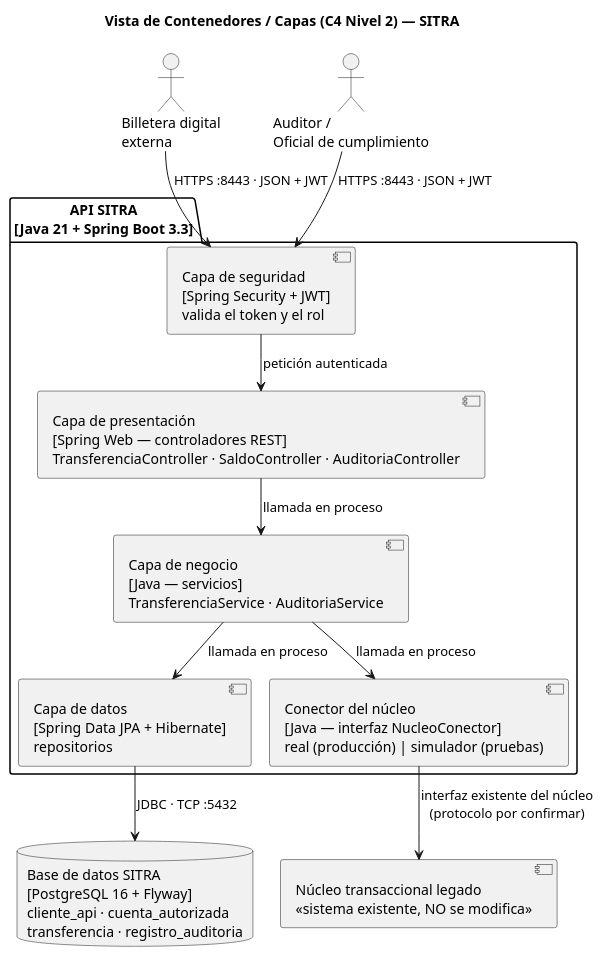
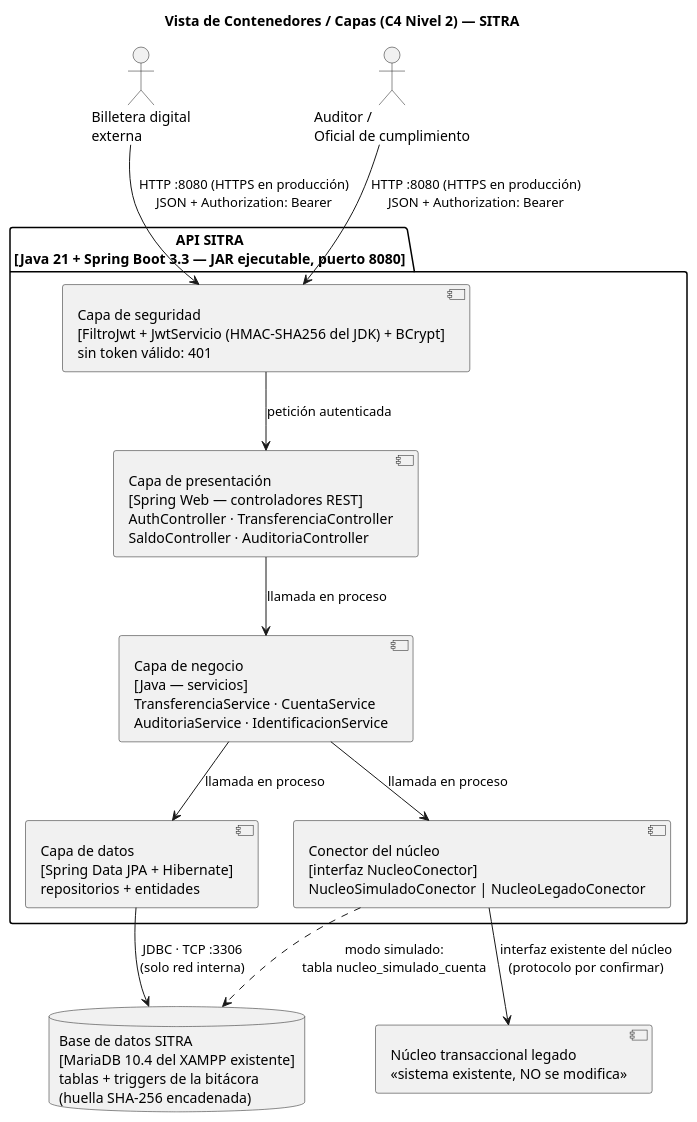
One commit to JorgeMario-V/sitra changed the diagram in docs/diagramas/02-contenedores.puml. Above: the diagram before and after it, drawn with PlantUML. The commit also changed 9 other files, not shown here.

```diff
--- a/docs/diagramas/02-contenedores.puml
+++ b/docs/diagramas/02-contenedores.puml
@@ -1,31 +1,31 @@
 @startuml
-!pragma layout smetana
 title Vista de Contenedores / Capas (C4 Nivel 2) — SITRA
 skinparam monochrome true
 skinparam shadowing false
 skinparam defaultFontName Arial
 
 actor "Billetera digital\nexterna" as BD
 actor "Auditor /\nOficial de cumplimiento" as AU
 
-package "API SITRA\n[Java 21 + Spring Boot 3.3]" as API {
-  component "Capa de seguridad\n[Spring Security + JWT]\nvalida el token y el rol" as SEG
-  component "Capa de presentación\n[Spring Web — controladores REST]\nTransferenciaController · SaldoController · AuditoriaController" as CTRL
-  component "Capa de negocio\n[Java — servicios]\nTransferenciaService · AuditoriaService" as SRV
-  component "Capa de datos\n[Spring Data JPA + Hibernate]\nrepositorios" as REP
-  component "Conector del núcleo\n[Java — interfaz NucleoConector]\nreal (producción) | simulador (pruebas)" as CON
+package "API SITRA\n[Java 21 + Spring Boot 3.3 — JAR ejecutable, puerto 8080]" as API {
+  component "Capa de seguridad\n[FiltroJwt + JwtServicio (HMAC-SHA256 del JDK) + BCrypt]\nsin token válido: 401" as SEG
+  component "Capa de presentación\n[Spring Web — controladores REST]\nAuthController · TransferenciaController\nSaldoController · AuditoriaController" as CTRL
+  component "Capa de negocio\n[Java — servicios]\nTransferenciaService · CuentaService\nAuditoriaService · IdentificacionService" as SRV
+  component "Capa de datos\n[Spring Data JPA + Hibernate]\nrepositorios + entidades" as REP
+  component "Conector del núcleo\n[interfaz NucleoConector]\nNucleoSimuladoConector | NucleoLegadoConector" as CON
 }
 
-database "Base de datos SITRA\n[PostgreSQL 16 + Flyway]\ncliente_api · cuenta_autorizada\ntransferencia · registro_auditoria" as DB
+database "Base de datos SITRA\n[MariaDB 10.4 del XAMPP existente]\ntablas + triggers de la bitácora\n(huella SHA-256 encadenada)" as DB
 
 component "Núcleo transaccional legado\n«sistema existente, NO se modifica»" as NL
 
-BD --> SEG : HTTPS :8443 · JSON + JWT
-AU --> SEG : HTTPS :8443 · JSON + JWT
+BD --> SEG : HTTP :8080 (HTTPS en producción)\nJSON + Authorization: Bearer
+AU --> SEG : HTTP :8080 (HTTPS en producción)\nJSON + Authorization: Bearer
 SEG --> CTRL : petición autenticada
 CTRL --> SRV : llamada en proceso
 SRV --> REP : llamada en proceso
 SRV --> CON : llamada en proceso
-REP --> DB : JDBC · TCP :5432
+REP --> DB : JDBC · TCP :3306\n(solo red interna)
 CON --> NL : interfaz existente del núcleo\n(protocolo por confirmar)
+CON ..> DB : modo simulado:\ntabla nucleo_simulado_cuenta
 @enduml
```
